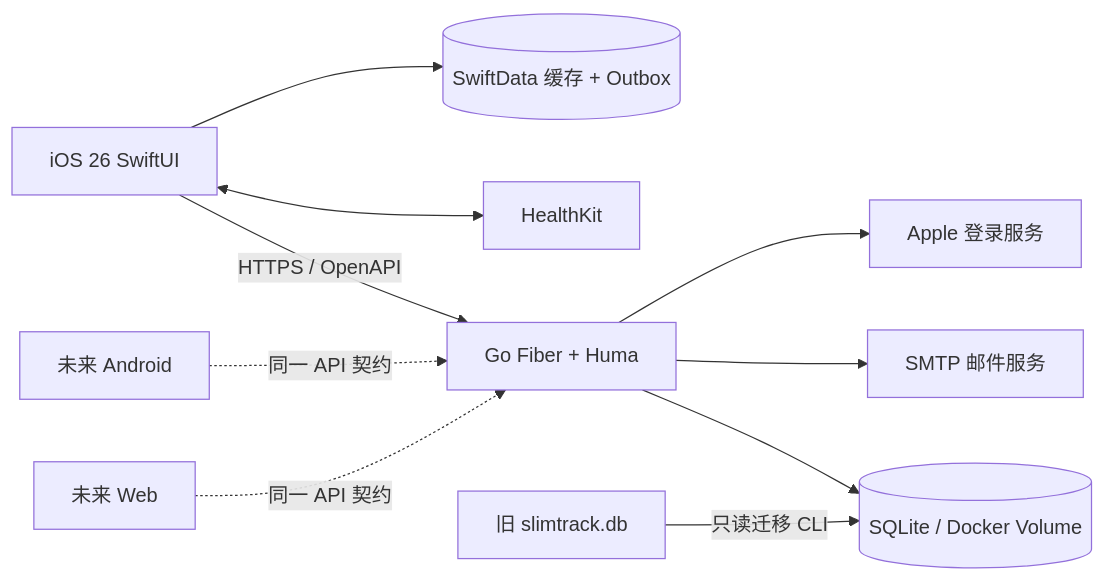
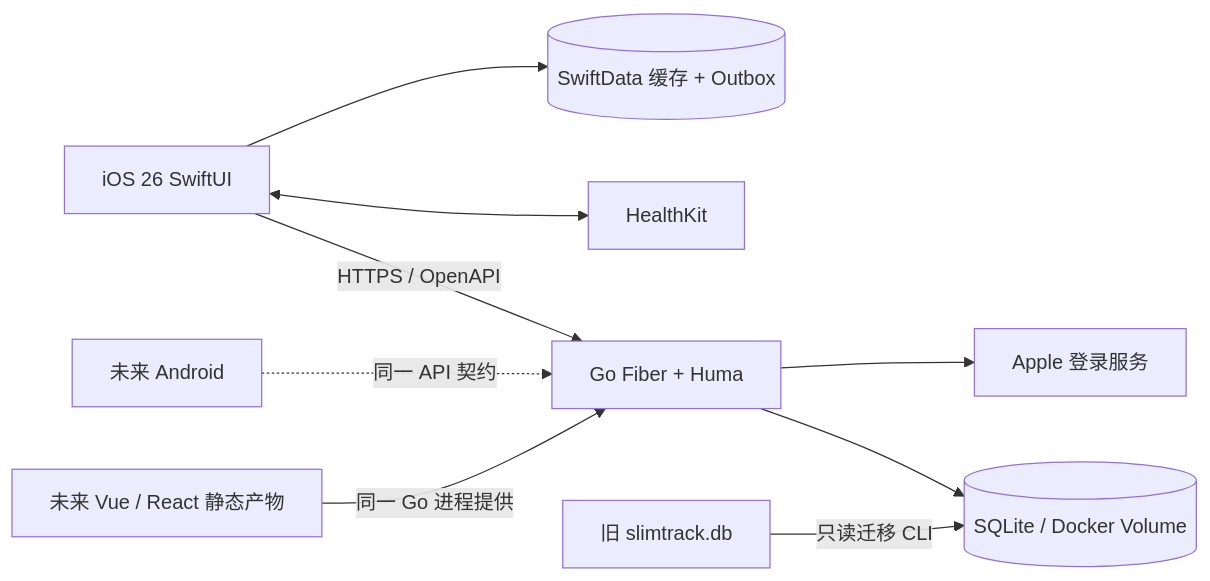
The diagram in docs/plan.md (ydfk/measure-trail), drawn with Mermaid before and after one commit. The commit also changed other lines of this file and 46 other files, not shown here.

````diff
--- a/docs/plan.md
+++ b/docs/plan.md
@@ -86,12 +86,11 @@
 ```mermaid
 flowchart LR
     IOS[iOS 26 SwiftUI] -->|HTTPS / OpenAPI| API[Go Fiber + Huma]
-    WEB[未来 Web] -.->|同一 API 契约| API
+    WEB[未来 Vue / React 静态产物] -->|同一 Go 进程提供| API
     ANDROID[未来 Android] -.->|同一 API 契约| API
     API --> DB[(SQLite / Docker Volume)]
-    API --> SMTP[SMTP 邮件服务]
     API --> APPLE[Apple 登录服务]
     IOS <--> HK[HealthKit]
     IOS --> CACHE[(SwiftData 缓存 + Outbox)]
     LEGACY[旧 slimtrack.db] -->|只读迁移 CLI| DB
 ```
````
